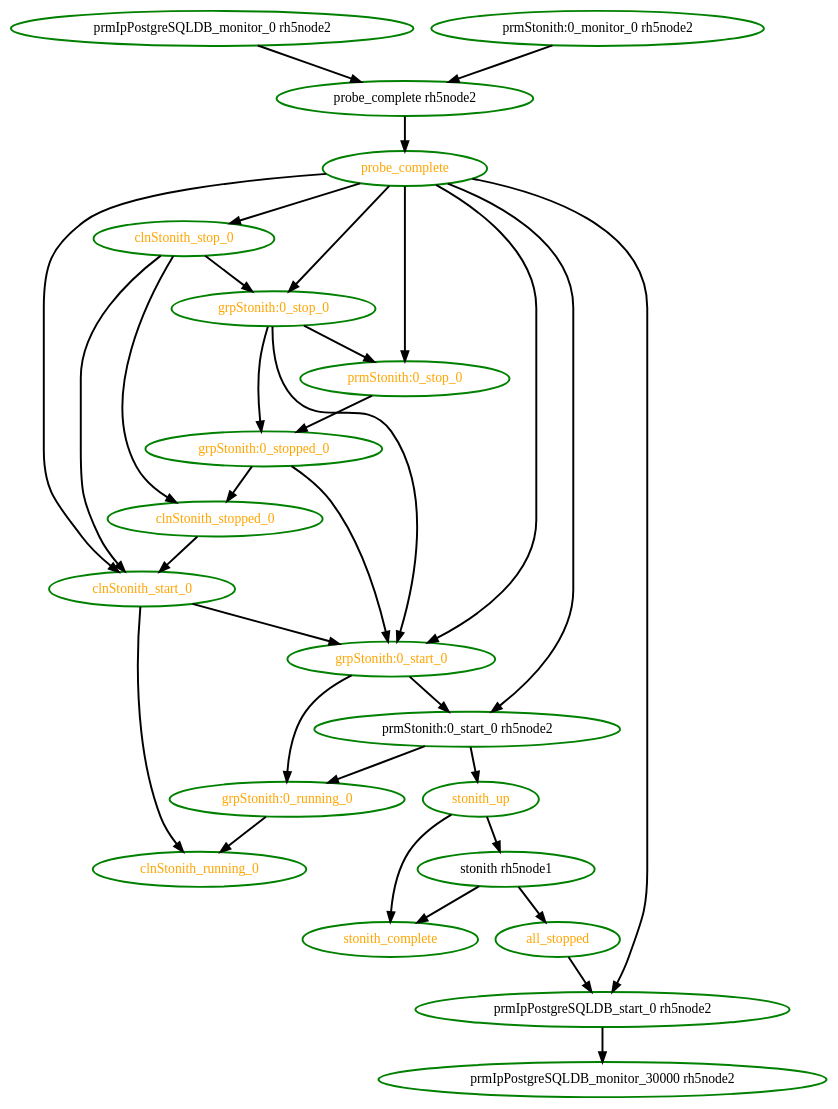
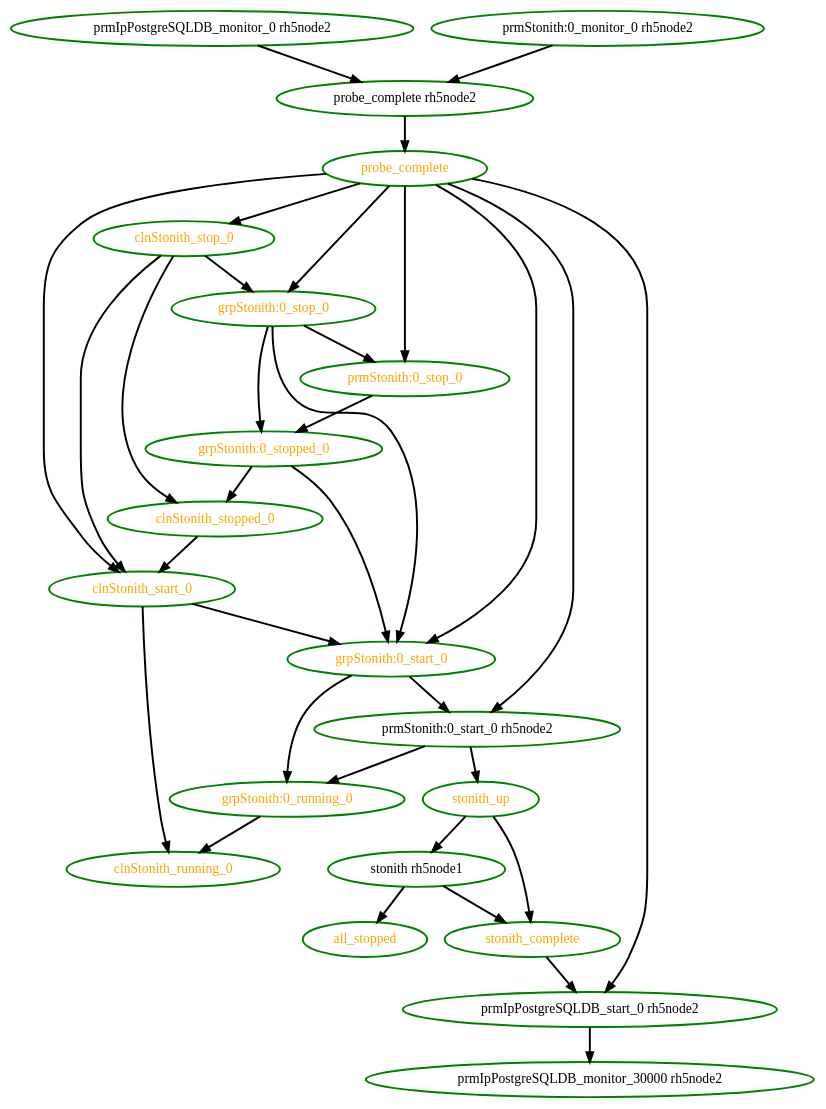
One commit to ClusterLabs/pacemaker-1.0 changed the diagram in pengine/test10/stonith-3.dot. Above: the diagram before and after it, drawn with Graphviz. The commit also changed 50 other files, not shown here.

```diff
--- a/pengine/test10/stonith-3.dot
+++ b/pengine/test10/stonith-3.dot
@@ -1,55 +1,55 @@
 digraph "g" {
-"all_stopped" -> "prmIpPostgreSQLDB_start_0 rh5node2" [ style = bold]
 "all_stopped" [ style=bold color="green" fontcolor="orange"  ]
 "clnStonith_running_0" [ style=bold color="green" fontcolor="orange"  ]
 "clnStonith_start_0" -> "clnStonith_running_0" [ style = bold]
 "clnStonith_start_0" -> "grpStonith:0_start_0" [ style = bold]
 "clnStonith_start_0" [ style=bold color="green" fontcolor="orange"  ]
 "clnStonith_stop_0" -> "clnStonith_start_0" [ style = bold]
 "clnStonith_stop_0" -> "clnStonith_stopped_0" [ style = bold]
 "clnStonith_stop_0" -> "grpStonith:0_stop_0" [ style = bold]
 "clnStonith_stop_0" [ style=bold color="green" fontcolor="orange"  ]
 "clnStonith_stopped_0" -> "clnStonith_start_0" [ style = bold]
 "clnStonith_stopped_0" [ style=bold color="green" fontcolor="orange"  ]
 "grpStonith:0_running_0" -> "clnStonith_running_0" [ style = bold]
 "grpStonith:0_running_0" [ style=bold color="green" fontcolor="orange"  ]
 "grpStonith:0_start_0" -> "grpStonith:0_running_0" [ style = bold]
 "grpStonith:0_start_0" -> "prmStonith:0_start_0 rh5node2" [ style = bold]
 "grpStonith:0_start_0" [ style=bold color="green" fontcolor="orange"  ]
 "grpStonith:0_stop_0" -> "grpStonith:0_start_0" [ style = bold]
 "grpStonith:0_stop_0" -> "grpStonith:0_stopped_0" [ style = bold]
 "grpStonith:0_stop_0" -> "prmStonith:0_stop_0" [ style = bold]
 "grpStonith:0_stop_0" [ style=bold color="green" fontcolor="orange"  ]
 "grpStonith:0_stopped_0" -> "clnStonith_stopped_0" [ style = bold]
 "grpStonith:0_stopped_0" -> "grpStonith:0_start_0" [ style = bold]
 "grpStonith:0_stopped_0" [ style=bold color="green" fontcolor="orange"  ]
 "prmIpPostgreSQLDB_monitor_0 rh5node2" -> "probe_complete rh5node2" [ style = bold]
 "prmIpPostgreSQLDB_monitor_0 rh5node2" [ style=bold color="green" fontcolor="black"  ]
 "prmIpPostgreSQLDB_monitor_30000 rh5node2" [ style=bold color="green" fontcolor="black"  ]
 "prmIpPostgreSQLDB_start_0 rh5node2" -> "prmIpPostgreSQLDB_monitor_30000 rh5node2" [ style = bold]
 "prmIpPostgreSQLDB_start_0 rh5node2" [ style=bold color="green" fontcolor="black"  ]
 "prmStonith:0_monitor_0 rh5node2" -> "probe_complete rh5node2" [ style = bold]
 "prmStonith:0_monitor_0 rh5node2" [ style=bold color="green" fontcolor="black"  ]
 "prmStonith:0_start_0 rh5node2" -> "grpStonith:0_running_0" [ style = bold]
 "prmStonith:0_start_0 rh5node2" -> "stonith_up" [ style = bold]
 "prmStonith:0_start_0 rh5node2" [ style=bold color="green" fontcolor="black"  ]
 "prmStonith:0_stop_0" -> "grpStonith:0_stopped_0" [ style = bold]
 "prmStonith:0_stop_0" [ style=bold color="green" fontcolor="orange"  ]
 "probe_complete rh5node2" -> "probe_complete" [ style = bold]
 "probe_complete rh5node2" [ style=bold color="green" fontcolor="black"  ]
 "probe_complete" -> "clnStonith_start_0" [ style = bold]
 "probe_complete" -> "clnStonith_stop_0" [ style = bold]
 "probe_complete" -> "grpStonith:0_start_0" [ style = bold]
 "probe_complete" -> "grpStonith:0_stop_0" [ style = bold]
 "probe_complete" -> "prmIpPostgreSQLDB_start_0 rh5node2" [ style = bold]
 "probe_complete" -> "prmStonith:0_start_0 rh5node2" [ style = bold]
 "probe_complete" -> "prmStonith:0_stop_0" [ style = bold]
 "probe_complete" [ style=bold color="green" fontcolor="orange"  ]
 "stonith rh5node1" -> "all_stopped" [ style = bold]
 "stonith rh5node1" -> "stonith_complete" [ style = bold]
 "stonith rh5node1" [ style=bold color="green" fontcolor="black"  ]
+"stonith_complete" -> "prmIpPostgreSQLDB_start_0 rh5node2" [ style = bold]
 "stonith_complete" [ style=bold color="green" fontcolor="orange"  ]
 "stonith_up" -> "stonith rh5node1" [ style = bold]
 "stonith_up" -> "stonith_complete" [ style = bold]
 "stonith_up" [ style=bold color="green" fontcolor="orange"  ]
 }
```
